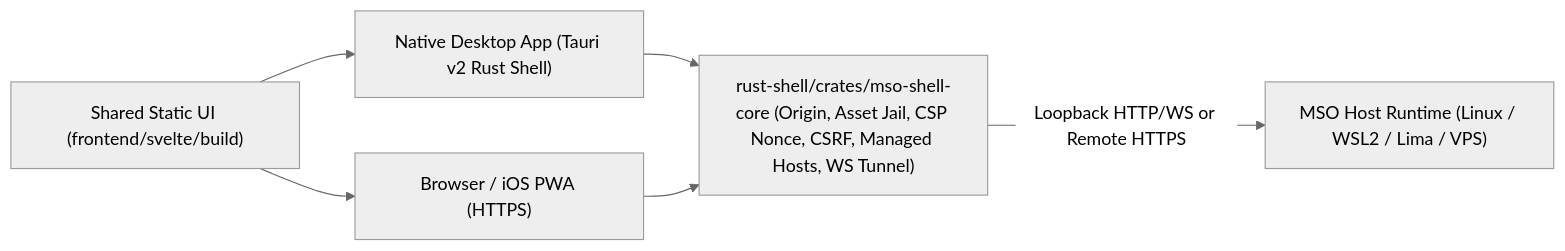
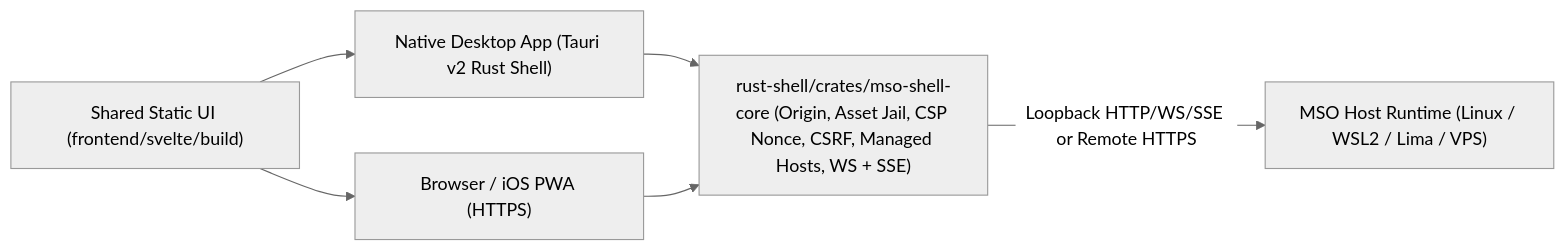
The diagram in docs/RUST-SHELL-PLAN.md (rahmanef63/mso), drawn with Mermaid (neutral theme) before and after one commit. The commit also changed other lines of this file and 24 other files, not shown here.

Commit message:
feat(hybrid): complete Increment 3B (Terminal SSE, Files mutations, Service Center) and Rust SSE proxy

````diff
--- a/docs/RUST-SHELL-PLAN.md
+++ b/docs/RUST-SHELL-PLAN.md
@@ -62,14 +62,14 @@
 ```mermaid
 flowchart LR
   UI["Shared Static UI (frontend/svelte/build)"]
   Web["Browser / iOS PWA (HTTPS)"]
   Desktop["Native Desktop App (Tauri v2 Rust Shell)"]
-  Core["rust-shell/crates/mso-shell-core (Origin, Asset Jail, CSP Nonce, CSRF, Managed Hosts, WS Tunnel)"]
+  Core["rust-shell/crates/mso-shell-core (Origin, Asset Jail, CSP Nonce, CSRF, Managed Hosts, WS + SSE)"]
   Host["MSO Host Runtime (Linux / WSL2 / Lima / VPS)"]
 
   UI --> Web
   UI --> Desktop
   Desktop --> Core
   Web --> Core
-  Core -->|"Loopback HTTP/WS or Remote HTTPS"| Host
+  Core -->|"Loopback HTTP/WS/SSE or Remote HTTPS"| Host
 ```
````
